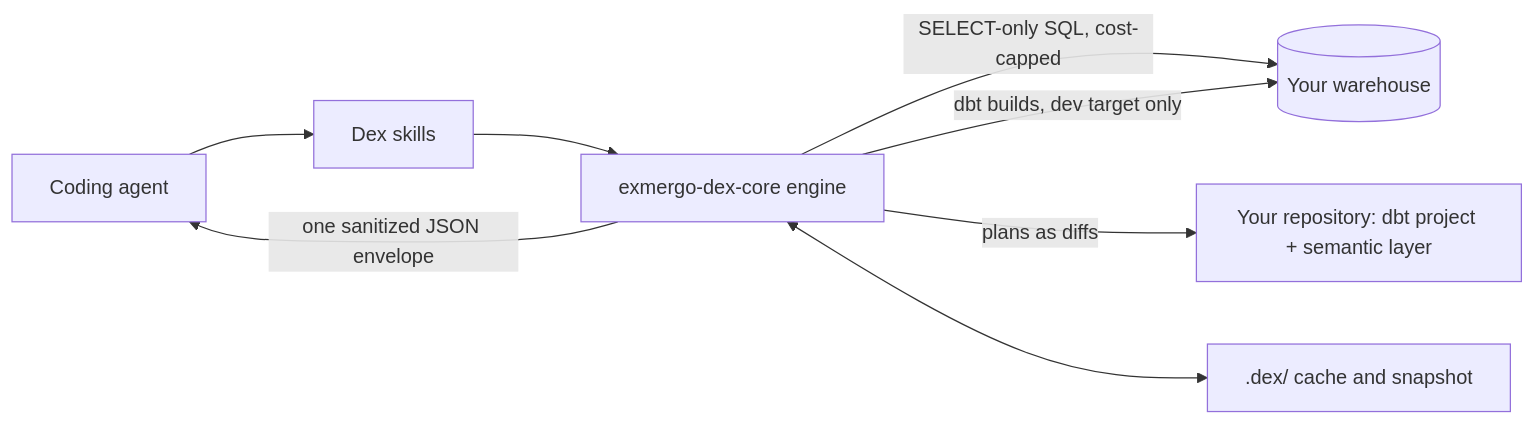
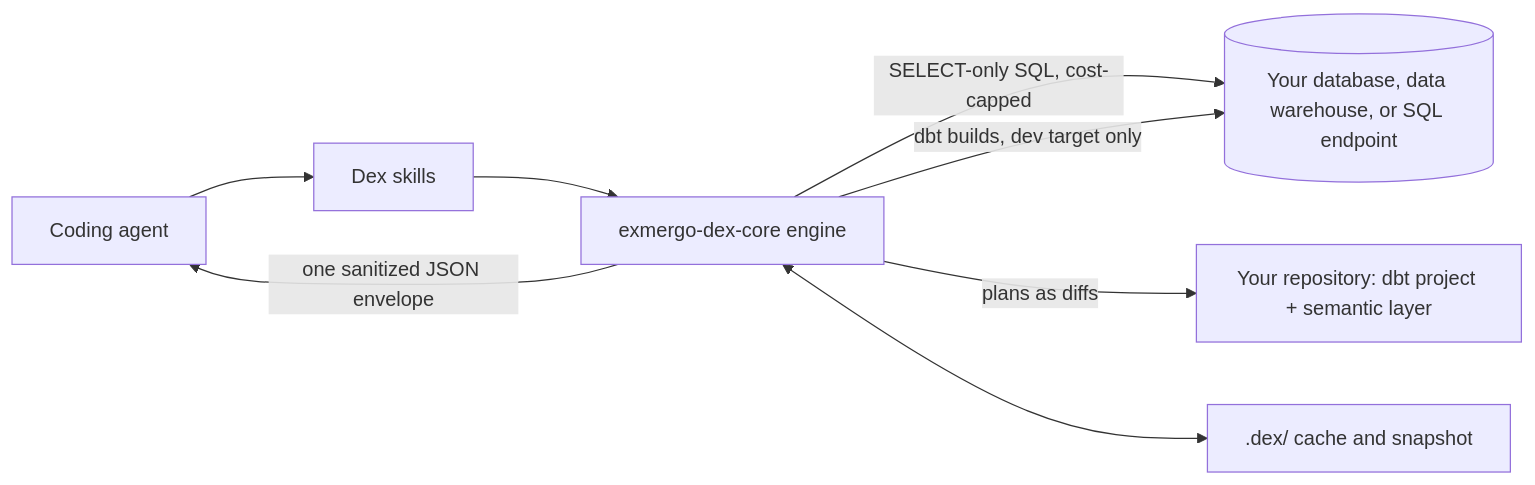
The diagram in plugins/exmergo/dex/README.md (hashgraph-online/awesome-codex-plugins), drawn with Mermaid before and after one commit. The commit also changed other lines of this file and 65 other files, not shown here.

````diff
--- a/plugins/exmergo/dex/README.md
+++ b/plugins/exmergo/dex/README.md
@@ -159,10 +165,10 @@
 ```mermaid
 flowchart LR
   Agent[Coding agent] --> Skills[Dex skills]
   Skills --> Engine[exmergo-dex-core engine]
-  Engine -->|SELECT-only SQL, cost-capped| Warehouse[(Your warehouse)]
-  Engine -->|dbt builds, dev target only| Warehouse
+  Engine -->|SELECT-only SQL, cost-capped| Database[(Your database, data warehouse, or SQL endpoint)]
+  Engine -->|dbt builds, dev target only| Database
   Engine -->|one sanitized JSON envelope| Agent
   Engine -->|plans as diffs| Repo[Your repository: dbt project + semantic layer]
   Engine <--> Cache[.dex/ cache and snapshot]
 ```
````
